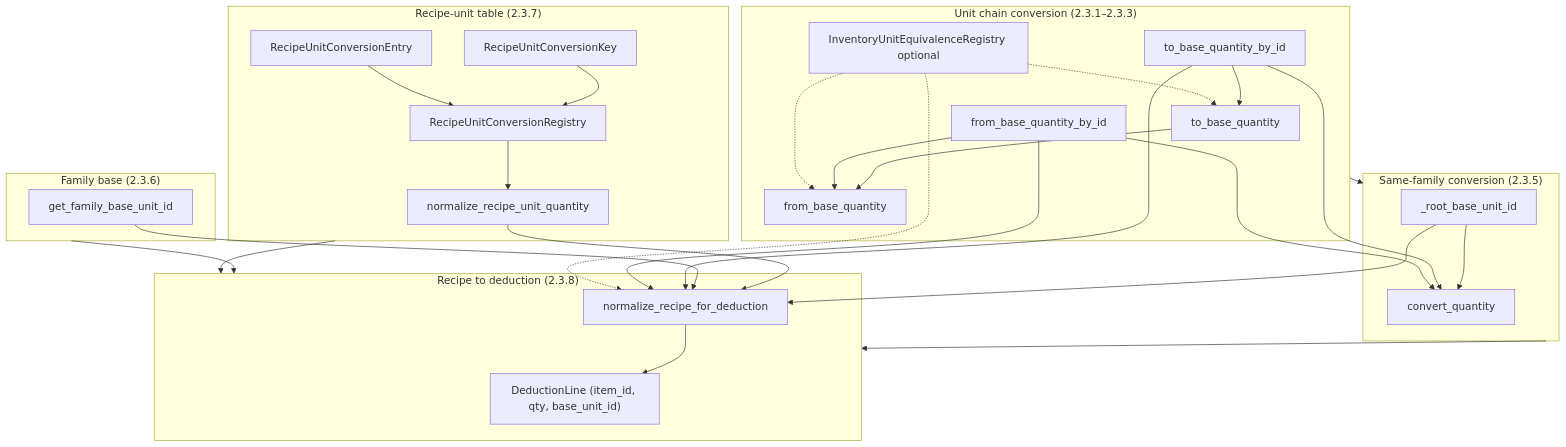
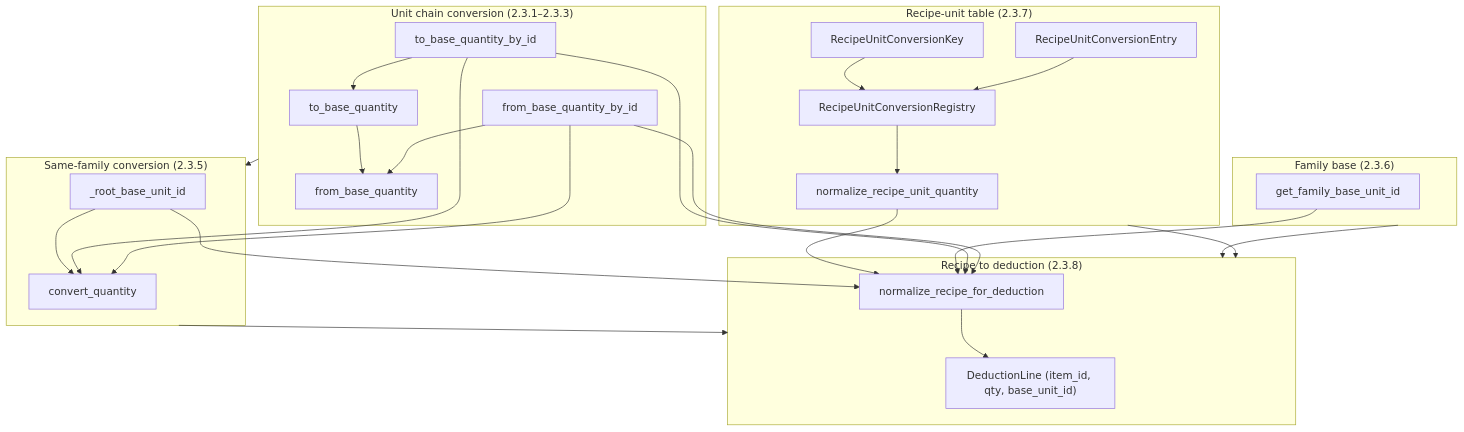
One commit to Alanbahena/zenet-mvp-jupyter changed the first of 5 diagrams in docs/Architecture/architecture-normalization.md. Above: the diagram before and after it, drawn with Mermaid. The commit also changed other lines of this file and 6 other files, not shown here.

````diff
--- a/docs/Architecture/architecture-normalization.md
+++ b/docs/Architecture/architecture-normalization.md
@@ -9,54 +9,50 @@
 ```mermaid
 flowchart TB
     subgraph layer1["Unit chain conversion (2.3.1–2.3.3)"]
         to_base[to_base_quantity]
         from_base[from_base_quantity]
         to_base_id[to_base_quantity_by_id]
         from_base_id[from_base_quantity_by_id]
         to_base --> from_base
         to_base_id --> to_base
         from_base_id --> from_base
-        eq_reg[InventoryUnitEquivalenceRegistry optional]
-        eq_reg -.-> to_base
-        eq_reg -.-> from_base
     end
 
     subgraph layer2["Same-family conversion (2.3.5)"]
         root[_root_base_unit_id]
         convert[convert_quantity]
         root --> convert
         to_base_id --> convert
         from_base_id --> convert
     end
 
     subgraph layer3["Family base (2.3.6)"]
         family_base[get_family_base_unit_id]
     end
 
     subgraph layer4["Recipe-unit table (2.3.7)"]
         key[RecipeUnitConversionKey]
         entry[RecipeUnitConversionEntry]
         conv_reg[RecipeUnitConversionRegistry]
         norm_ru[normalize_recipe_unit_quantity]
         key --> conv_reg
         entry --> conv_reg
         conv_reg --> norm_ru
     end
 
     subgraph layer5["Recipe to deduction (2.3.8)"]
         DeductionLine["DeductionLine (item_id, qty, base_unit_id)"]
         norm_recipe[normalize_recipe_for_deduction]
         norm_ru --> norm_recipe
         family_base --> norm_recipe
         to_base_id --> norm_recipe
         from_base_id --> norm_recipe
         root --> norm_recipe
-        eq_reg -.-> norm_recipe
         norm_recipe --> DeductionLine
     end
 
     layer1 --> layer2
     layer2 --> layer5
     layer3 --> layer5
     layer4 --> layer5
 ```
````
